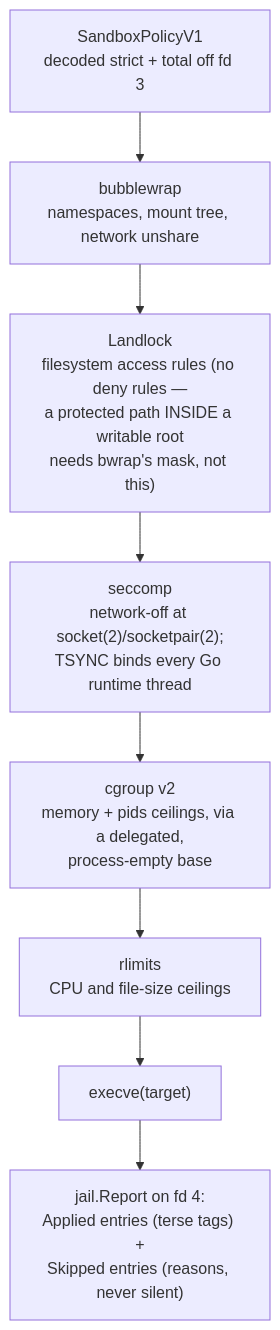
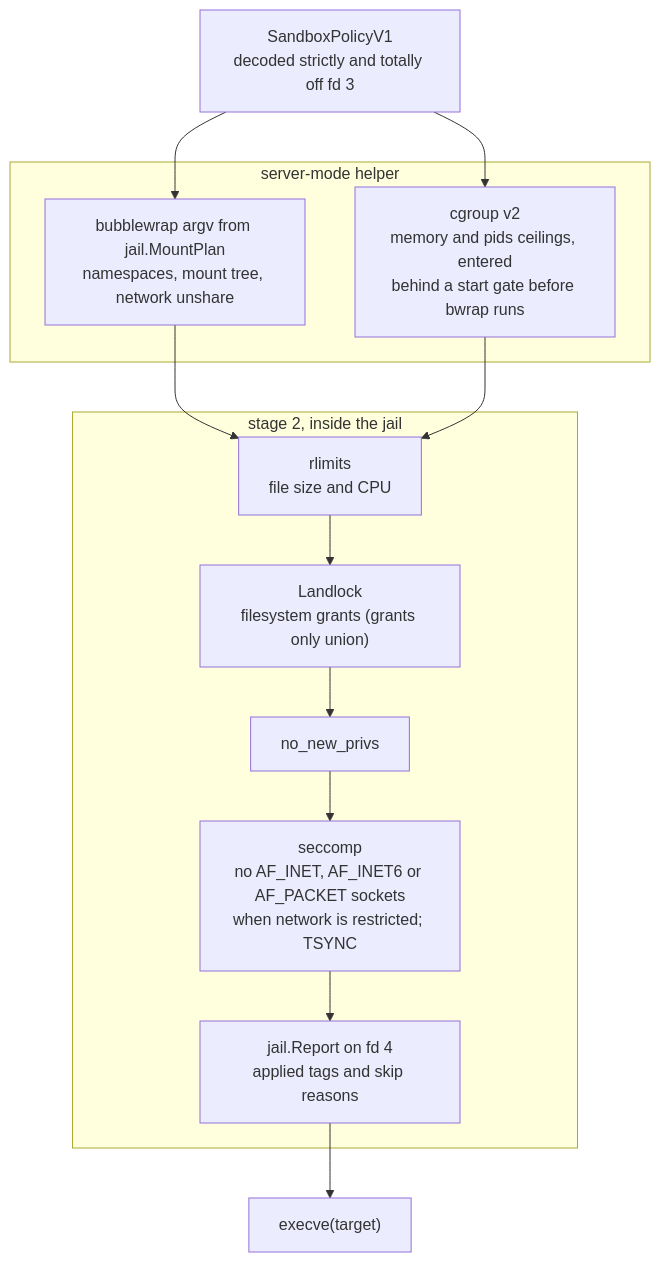
One commit to Roasbeef/loom changed the second of 4 diagrams in packages/sandbox/README.md. Above: the diagram before and after it, drawn with Mermaid. The commit also changed other lines of this file, not shown here.

First line of the commit message:
sandbox: redraw the layers in their real order

````diff
--- a/packages/sandbox/README.md
+++ b/packages/sandbox/README.md
@@ -24,13 +54,24 @@
 ```mermaid
 flowchart TD
-    P["SandboxPolicyV1<br/>decoded strict + total off fd 3"]
-    BW["bubblewrap<br/>namespaces, mount tree, network unshare"]
-    LL["Landlock<br/>filesystem access rules (no deny rules —<br/>a protected path INSIDE a writable root<br/>needs bwrap's mask, not this)"]
-    SC["seccomp<br/>network-off at socket(2)/socketpair(2);<br/>TSYNC binds every Go runtime thread"]
-    CG["cgroup v2<br/>memory + pids ceilings, via a delegated,<br/>process-empty base"]
-    RL["rlimits<br/>CPU and file-size ceilings"]
+    P["SandboxPolicyV1<br/>decoded strictly and totally off fd 3"]
+
+    subgraph outside["server-mode helper"]
+        BW["bubblewrap argv from jail.MountPlan<br/>namespaces, mount tree, network unshare"]
+        CG["cgroup v2<br/>memory and pids ceilings, entered<br/>behind a start gate before bwrap runs"]
+    end
+
+    subgraph inside["stage 2, inside the jail"]
+        RL["rlimits<br/>file size and CPU"]
+        LL["Landlock<br/>filesystem grants (grants only union)"]
+        NNP["no_new_privs"]
+        SC["seccomp<br/>no AF_INET, AF_INET6 or AF_PACKET sockets<br/>when network is restricted; TSYNC"]
+        REPORT["jail.Report on fd 4<br/>applied tags and skip reasons"]
+    end
+
     EXEC["execve(target)"]
-    REPORT["jail.Report on fd 4:<br/>Applied entries (terse tags) +<br/>Skipped entries (reasons, never silent)"]
 
-    P --> BW --> LL --> SC --> CG --> RL --> EXEC --> REPORT
+    P --> BW
+    P --> CG
+    BW --> RL --> LL --> NNP --> SC --> REPORT --> EXEC
+    CG --> RL
 ```
````
